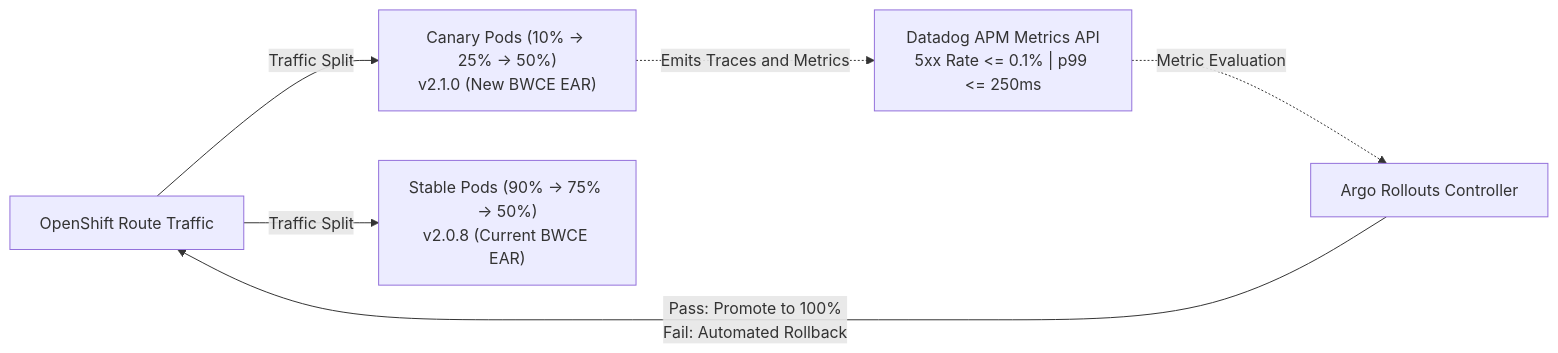
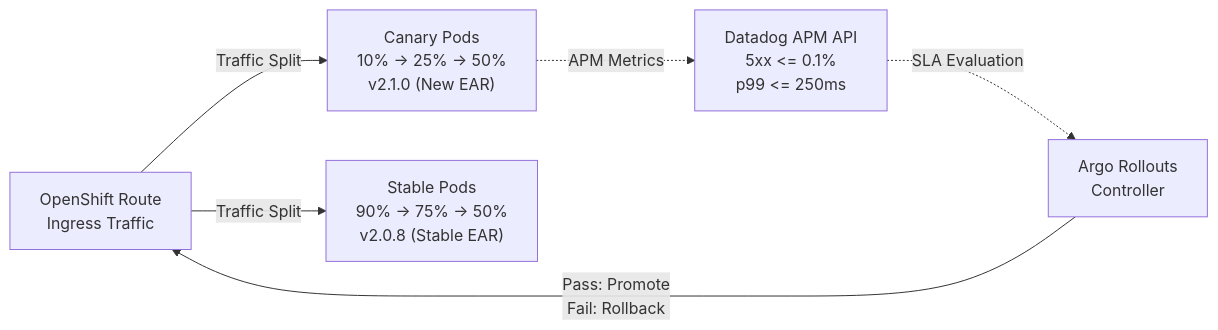
The fourth of 10 diagrams in README.md (nubenetes/jenkins-git-parameter-bwce), drawn with Mermaid before and after one commit. The commit also changed other lines of this file, not shown here.

Commit message:
fix(docs): format all diagram nodes with compact line lengths to prevent browser text clipping

````diff
--- a/README.md
+++ b/README.md
@@ -292,14 +292,14 @@
 ```mermaid
 flowchart LR
-    Ingress["OpenShift Route Traffic"]
-    Canary["Canary Pods (10% -> 25% -> 50%)<br/>v2.1.0 (New BWCE EAR)"]
-    Stable["Stable Pods (90% -> 75% -> 50%)<br/>v2.0.8 (Current BWCE EAR)"]
-    DatadogMetrics["Datadog APM Metrics API<br/>5xx Rate <= 0.1% | p99 <= 250ms"]
-    RolloutCtrl["Argo Rollouts Controller"]
+    Ingress["OpenShift Route<br/>Ingress Traffic"]
+    Canary["Canary Pods<br/>10% -> 25% -> 50%<br/>v2.1.0 (New EAR)"]
+    Stable["Stable Pods<br/>90% -> 75% -> 50%<br/>v2.0.8 (Stable EAR)"]
+    DatadogMetrics["Datadog APM API<br/>5xx <= 0.1%<br/>p99 <= 250ms"]
+    RolloutCtrl["Argo Rollouts<br/>Controller"]
 
-    Ingress -->|Traffic Split| Canary
-    Ingress -->|Traffic Split| Stable
-    Canary -.->|Emits Traces and Metrics| DatadogMetrics
-    DatadogMetrics -.->|Metric Evaluation| RolloutCtrl
-    RolloutCtrl -->|Pass: Promote to 100%<br/>Fail: Automated Rollback| Ingress
+    Ingress -->|"Traffic Split"| Canary
+    Ingress -->|"Traffic Split"| Stable
+    Canary -.->|"APM Metrics"| DatadogMetrics
+    DatadogMetrics -.->|"SLA Evaluation"| RolloutCtrl
+    RolloutCtrl -->|"Pass: Promote<br/>Fail: Rollback"| Ingress
 ```
````
